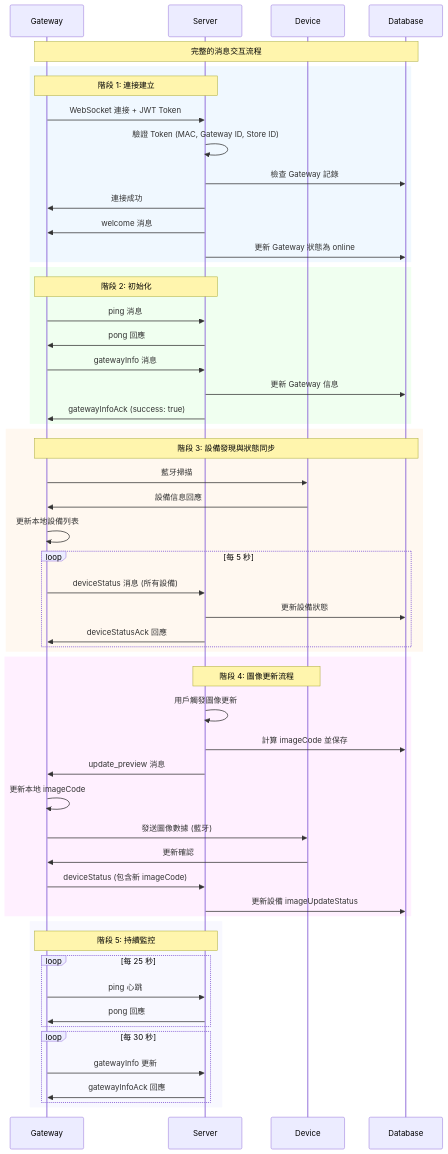
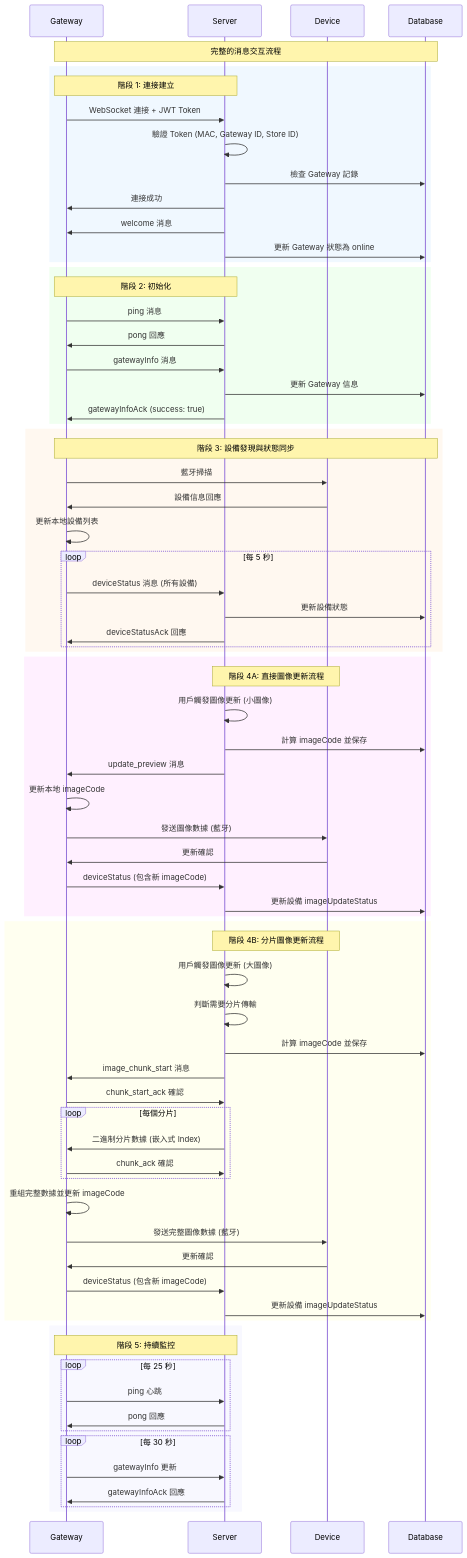
The sixth of 8 diagrams in Gateway-Device-Implementation-Guide.md (mikefd097021/epd-share-docs), drawn with Mermaid before and after one commit. The commit also changed other lines of this file, not shown here.

Commit message:
Add chunking support and rawdata handling to Gateway/Device implementation guide

```diff
--- a/Gateway-Device-Implementation-Guide.md
+++ b/Gateway-Device-Implementation-Guide.md
@@ -1010,12 +1134,32 @@
     end
 
     rect rgb(255, 240, 255)
-        Note over S,D: 階段 4: 圖像更新流程
-        S->>S: 用戶觸發圖像更新
+        Note over S,D: 階段 4A: 直接圖像更新流程
+        S->>S: 用戶觸發圖像更新 (小圖像)
         S->>DB: 計算 imageCode 並保存
         S->>G: update_preview 消息
         G->>G: 更新本地 imageCode
         G->>D: 發送圖像數據 (藍牙)
+        D->>G: 更新確認
+        G->>S: deviceStatus (包含新 imageCode)
+        S->>DB: 更新設備 imageUpdateStatus
+    end
+
+    rect rgb(255, 255, 240)
+        Note over S,D: 階段 4B: 分片圖像更新流程
+        S->>S: 用戶觸發圖像更新 (大圖像)
+        S->>S: 判斷需要分片傳輸
+        S->>DB: 計算 imageCode 並保存
+        S->>G: image_chunk_start 消息
+        G->>S: chunk_start_ack 確認
+
+        loop 每個分片
+            S->>G: 二進制分片數據 (嵌入式 Index)
+            G->>S: chunk_ack 確認
+        end
+
+        G->>G: 重組完整數據並更新 imageCode
+        G->>D: 發送完整圖像數據 (藍牙)
         D->>G: 更新確認
         G->>S: deviceStatus (包含新 imageCode)
         S->>DB: 更新設備 imageUpdateStatus
```
